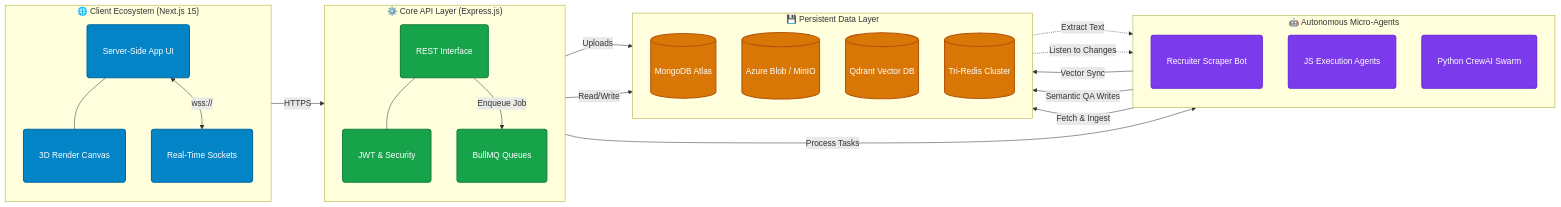
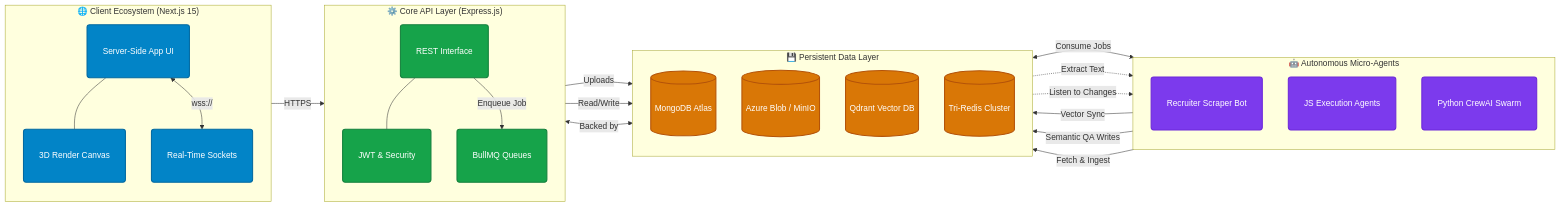
One commit to soumik2441139/hackathon changed the first of 2 diagrams in README.md. Above: the diagram before and after it, drawn with Mermaid.

Commit message:
docs: connect Tri-Redis data store to queue system in architecture flow

````diff
--- a/README.md
+++ b/README.md
@@ -33,56 +33,58 @@
 ```mermaid
 flowchart LR
     %% Aesthetics
     classDef client fill:#0284c7,stroke:#0369a1,stroke-width:2px,color:#fff,rx:5px,padding:10px;
     classDef backend fill:#16a34a,stroke:#15803d,stroke-width:2px,color:#fff,rx:5px,padding:10px;
     classDef storage fill:#d97706,stroke:#b45309,stroke-width:2px,color:#fff,rx:5px,padding:10px;
     classDef swarm fill:#7c3aed,stroke:#6d28d9,stroke-width:2px,color:#fff,rx:5px,padding:10px;
 
     subgraph Client ["🌐 Client Ecosystem (Next.js 15)"]
         direction TB
         UI["Server-Side App UI"]:::client
         WS["Real-Time Sockets"]:::client
         Three["3D Render Canvas"]:::client
         UI --- Three
         UI <-->|"wss://"| WS
     end
 
     subgraph Backend ["⚙️ Core API Layer (Express.js)"]
         direction TB
         API["REST Interface"]:::backend
         Auth["JWT & Security"]:::backend
         Queue["BullMQ Queues"]:::backend
         API --- Auth
     end
 
     subgraph Swarm ["🤖 Autonomous Micro-Agents"]
         direction TB
         Recruiter["Recruiter Scraper Bot"]:::swarm
         JSBots["JS Execution Agents"]:::swarm
         CrewAI["Python CrewAI Swarm"]:::swarm
     end
 
     subgraph Storage ["💾 Persistent Data Layer"]
         direction TB
         Mongo[(MongoDB Atlas)]:::storage
         S3[(Azure Blob / MinIO)]:::storage
         Qdrant[(Qdrant Vector DB)]:::storage
         Redis[(Tri-Redis Cluster)]:::storage
     end
 
     %% Primary Data Flow - Left to Right
     UI -->|"HTTPS"| API
     
     API -->|"Uploads"| S3
     API -->|"Read/Write"| Mongo
     API -->|"Enqueue Job"| Queue
     
-    Queue -->|"Process Tasks"| JSBots
+    Queue <-->|"Backed by"| Redis
+    Redis <-->|"Consume Jobs"| JSBots
+    
     S3 -.->|"Extract Text"| JSBots
     JSBots -->|"Vector Sync"| Qdrant
     
     Mongo -.->|"Listen to Changes"| CrewAI
     CrewAI -->|"Semantic QA Writes"| Mongo
     
     Recruiter -->|"Fetch & Ingest"| Mongo
 ```
````
